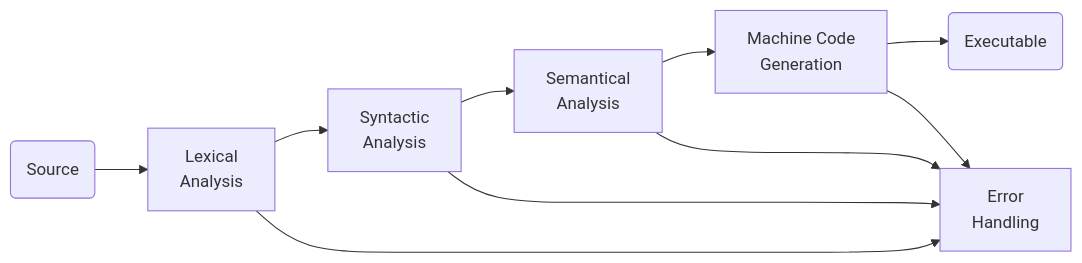
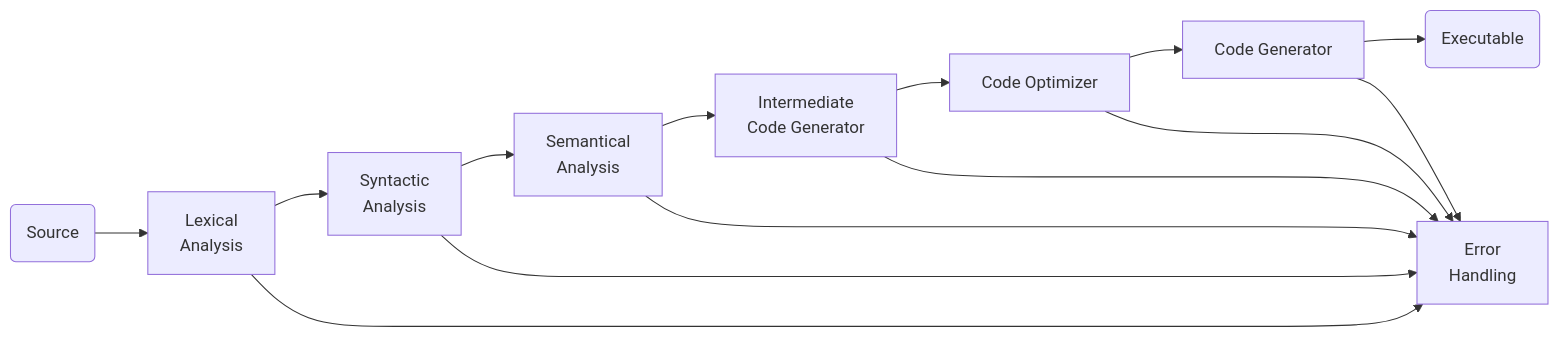
The diagram in content/kb/compilers.md (hacdias/hacdias.com), drawn with Mermaid before and after one commit. The commit also changed other lines of this file, not shown here.

````diff
--- a/content/kb/compilers.md
+++ b/content/kb/compilers.md
@@ -22,13 +22,17 @@
 ```mermaid
 graph LR
   a(Source) --> lex[Lexical<br>Analysis]
   lex --> syn[Syntactic<br>Analysis]
   syn --> sem[Semantical<br>Analysis]
-  sem --> co[Machine Code<br>Generation]
-  co --> ex(Executable)
+  sem --> int[Intermediate<br>Code Generator]
+  int --> opt[Code Optimizer]
+  opt --> gen[Code Generator]
+  gen --> ex(Executable)
 
   lex --> err[Error<br>Handling]
   syn --> err
   sem --> err
-  co --> err
+  int --> err
+  opt --> err
+  gen --> err
 ```
````
